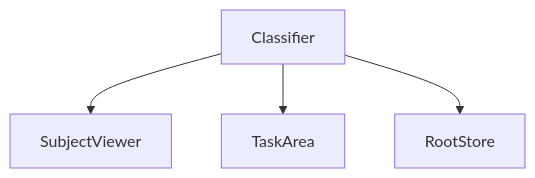
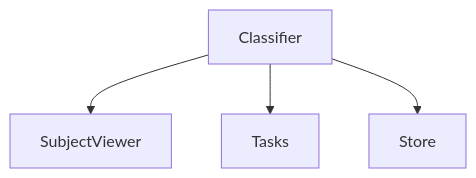
One commit to zooniverse/front-end-monorepo changed the first of 2 diagrams in packages/lib-classifier/README.md. Above: the diagram before and after it, drawn with Mermaid. The commit also changed other lines of this file and 1 other file, not shown here.

````diff
--- a/packages/lib-classifier/README.md
+++ b/packages/lib-classifier/README.md
@@ -5,6 +5,6 @@
 ```mermaid
 flowchart TD
     Classifier-->SubjectViewer
-    Classifier-->TaskArea
-    Classifier-->RootStore
+    Classifier-->Tasks
+    Classifier-->Store
 ```
````
